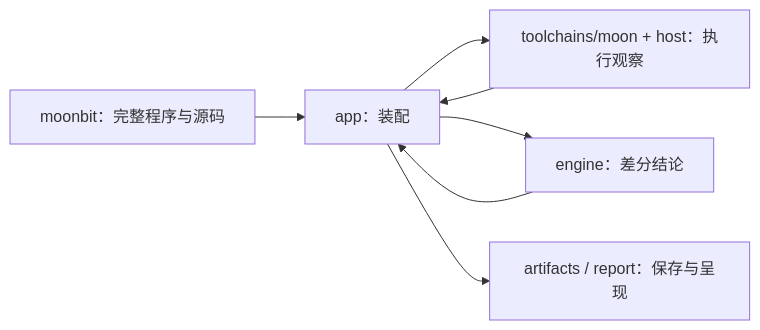
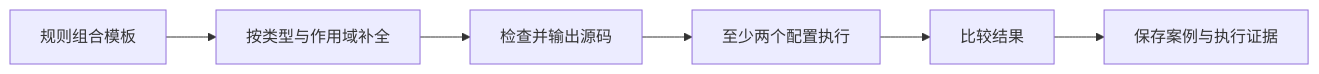
Before and after one commit to zrr1999/moonsmith: the diagram in fps/FP-0002-moonbit-semantic-contract.md, drawn with Mermaid. The commit also changed other lines of this file and 3 other files, not shown here.

````diff
--- a/fps/FP-0002-moonbit-semantic-contract.md
+++ b/fps/FP-0002-moonbit-semantic-contract.md
@@ -72,9 +64,8 @@
 ```mermaid
 flowchart LR
-  L["moonbit：完整程序与源码"] --> A["app：装配"]
-  A --> T["toolchains/moon + host：执行观察"]
-  T --> A
-  A --> E["engine：差分结论"]
-  E --> A
-  A --> S["artifacts / report：保存与呈现"]
+  T["规则组合模板"] --> G["按类型与作用域补全"]
+  G --> V["检查并输出源码"]
+  V --> R["至少两个配置执行"]
+  R --> C["比较结果"]
+  C --> E["保存案例与执行证据"]
 ```
````
